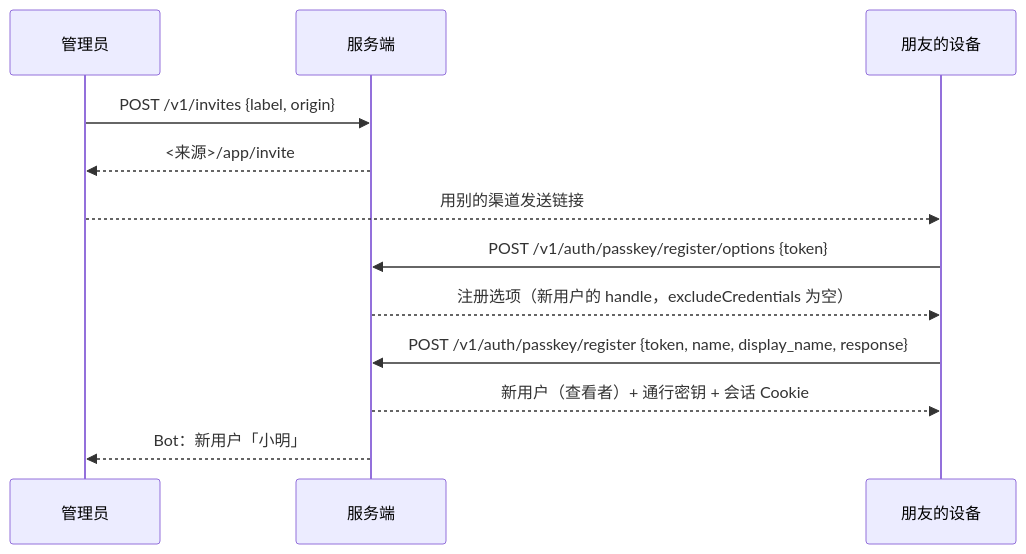
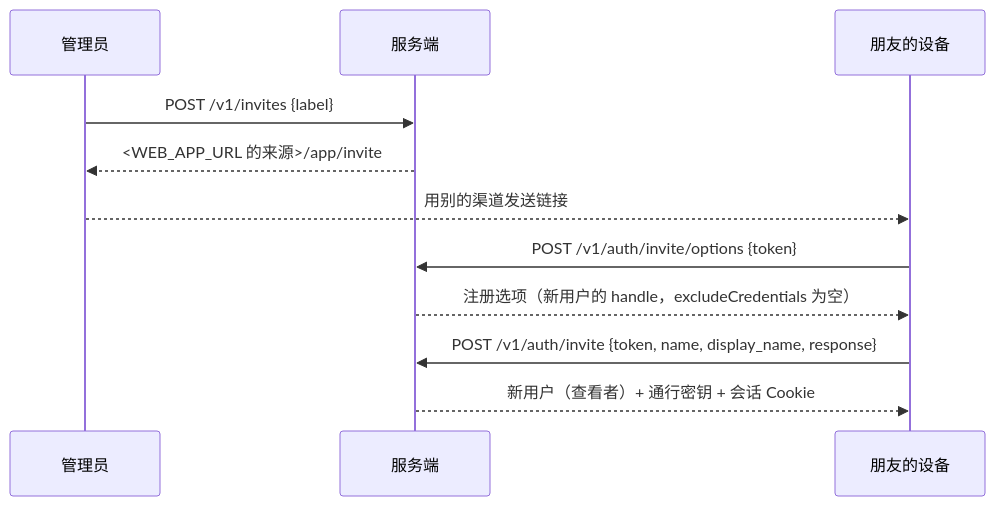
Before and after one commit to sxzz/midden: the diagram in docs/design/multi-user.md, drawn with Mermaid. The commit also changed other lines of this file, not shown here.

````diff
--- a/docs/design/multi-user.md
+++ b/docs/design/multi-user.md
@@ -281,14 +288,13 @@
 ```mermaid
 sequenceDiagram
     participant A as 管理员
     participant S as 服务端
     participant F as 朋友的设备
-    A->>S: POST /v1/invites {label, origin}
-    S-->>A: <来源>/app/invite#<令牌>（只显示一次）
+    A->>S: POST /v1/invites {label}
+    S-->>A: <WEB_APP_URL 的来源>/app/invite#<令牌>（只显示一次）
     A-->>F: 用别的渠道发送链接
-    F->>S: POST /v1/auth/passkey/register/options {token}
+    F->>S: POST /v1/auth/invite/options {token}
     S-->>F: 注册选项（新用户的 handle，excludeCredentials 为空）
-    F->>S: POST /v1/auth/passkey/register {token, name, display_name, response}
+    F->>S: POST /v1/auth/invite {token, name, display_name, response}
     S-->>F: 新用户（查看者）+ 通行密钥 + 会话 Cookie
-    S-->>A: Bot：新用户「小明」
 ```
````
